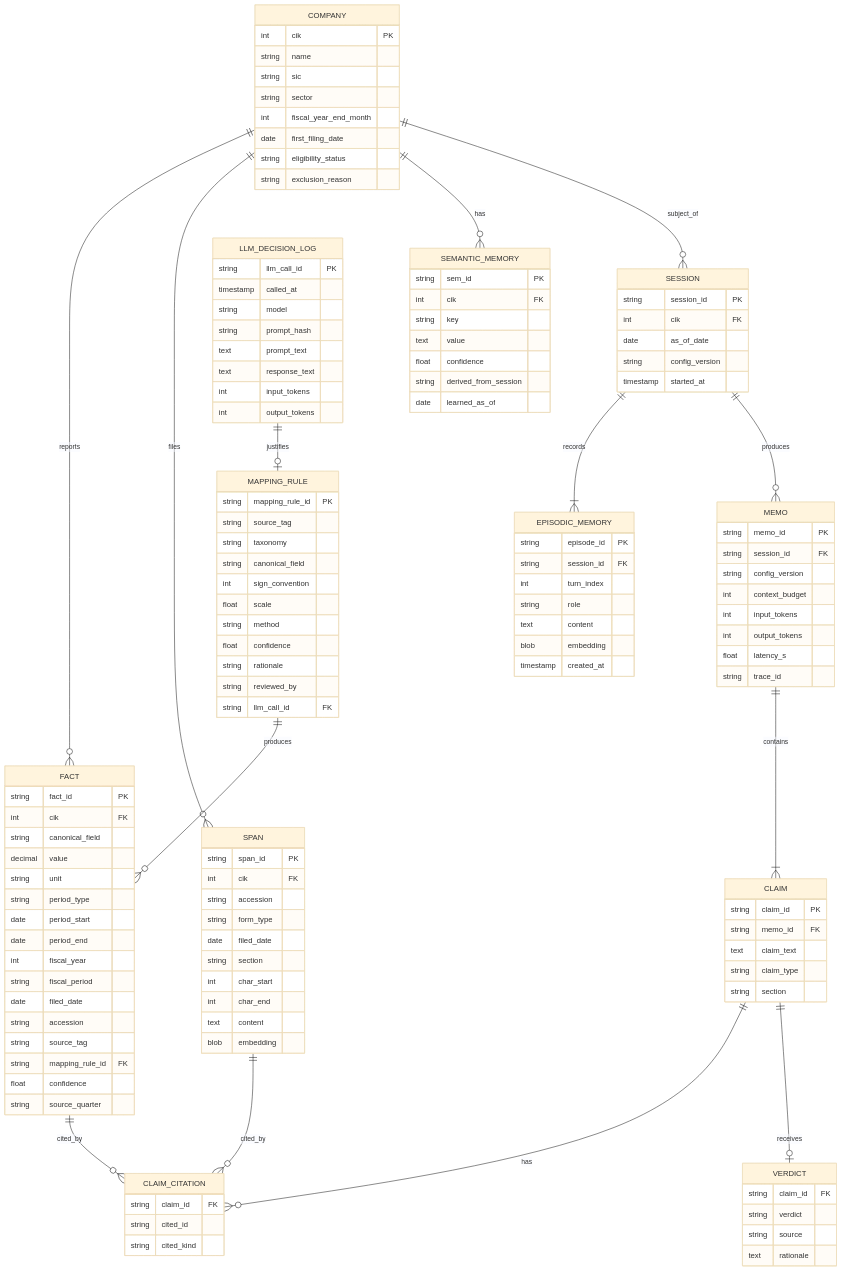
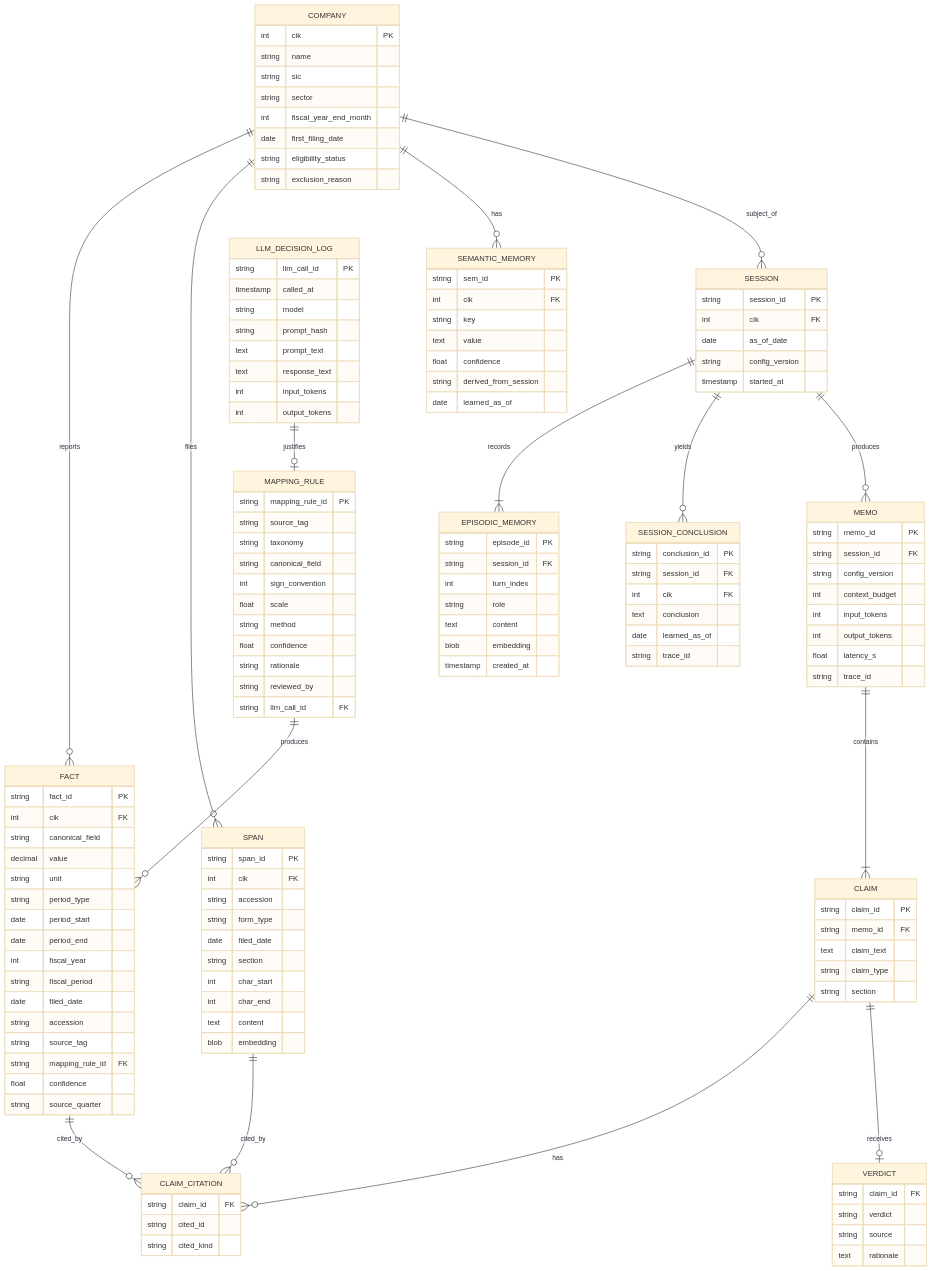
The second of 6 diagrams in docs/superpowers/specs/2026-08-18-cited-diligence-agent-design.md (robertmccourt/edgar-diligence), drawn with Mermaid (base theme) before and after one commit. The commit also changed other lines of this file, not shown here.

```diff
--- a/docs/superpowers/specs/2026-08-18-cited-diligence-agent-design.md
+++ b/docs/superpowers/specs/2026-08-18-cited-diligence-agent-design.md
@@ -194,6 +195,7 @@
     FACT ||--o{ CLAIM_CITATION : cited_by
     SPAN ||--o{ CLAIM_CITATION : cited_by
     SESSION ||--|{ EPISODIC_MEMORY : records
+    SESSION ||--o{ SESSION_CONCLUSION : yields
     SESSION ||--o{ MEMO : produces
     MEMO ||--|{ CLAIM : contains
     CLAIM ||--o{ CLAIM_CITATION : has
@@ -278,6 +280,14 @@
         blob embedding
         timestamp created_at
     }
+    SESSION_CONCLUSION {
+        string conclusion_id PK
+        string session_id FK
+        int cik FK
+        text conclusion
+        date learned_as_of
+        string trace_id
+    }
     SEMANTIC_MEMORY {
         string sem_id PK
         int cik FK
```
